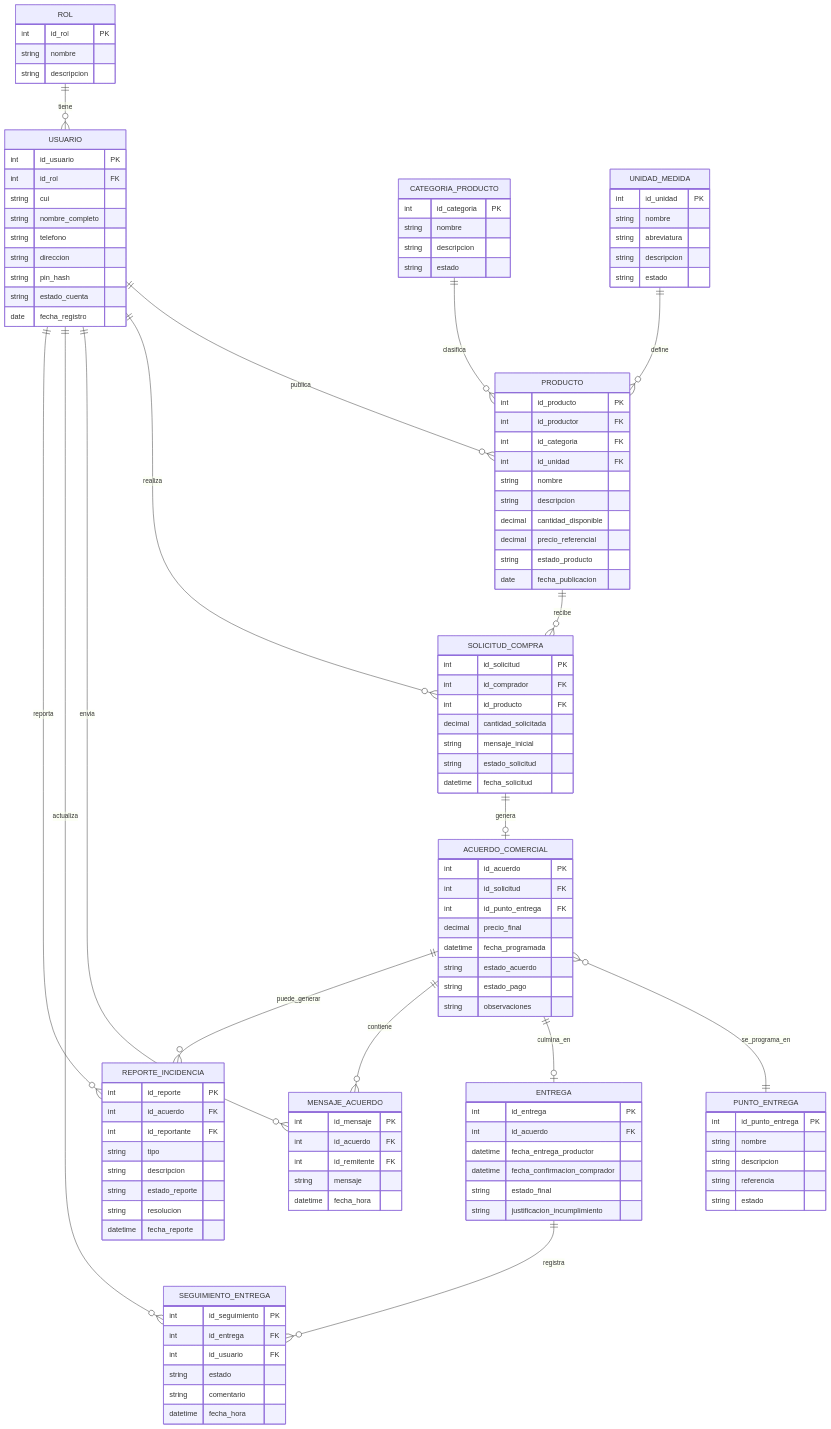
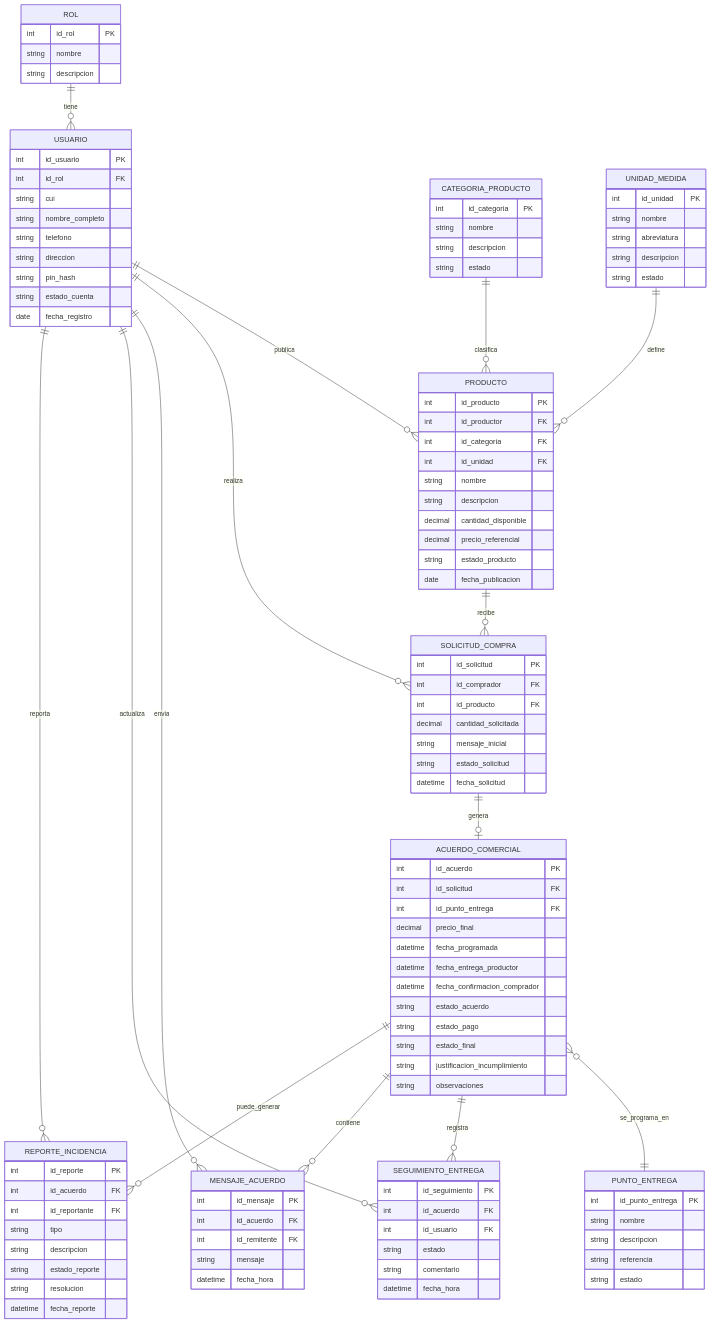
The diagram in docs/modelo-er.md (AlexAlvarado1290/Proyecto-Analisis-de-sistemas), drawn with Mermaid before and after one commit. The commit also changed other lines of this file and 37 other files, not shown here.

First line of the commit message:
docs: Proyecto II - DERCAS completo + diagramas renderizados

```diff
--- a/docs/modelo-er.md
+++ b/docs/modelo-er.md
@@ -12,8 +18,7 @@
     PRODUCTO ||--o{ SOLICITUD_COMPRA : recibe
     SOLICITUD_COMPRA ||--o| ACUERDO_COMERCIAL : genera
     ACUERDO_COMERCIAL }o--|| PUNTO_ENTREGA : se_programa_en
-    ACUERDO_COMERCIAL ||--o| ENTREGA : culmina_en
-    ENTREGA ||--o{ SEGUIMIENTO_ENTREGA : registra
+    ACUERDO_COMERCIAL ||--o{ SEGUIMIENTO_ENTREGA : registra
     ACUERDO_COMERCIAL ||--o{ MENSAJE_ACUERDO : contiene
     ACUERDO_COMERCIAL ||--o{ REPORTE_INCIDENCIA : puede_generar
     USUARIO ||--o{ MENSAJE_ACUERDO : envia
@@ -82,8 +87,12 @@
         int id_punto_entrega FK
         decimal precio_final
         datetime fecha_programada
+        datetime fecha_entrega_productor
+        datetime fecha_confirmacion_comprador
         string estado_acuerdo
         string estado_pago
+        string estado_final
+        string justificacion_incumplimiento
         string observaciones
     }
 
@@ -95,18 +104,9 @@
         string estado
     }
 
-    ENTREGA {
-        int id_entrega PK
-        int id_acuerdo FK
-        datetime fecha_entrega_productor
-        datetime fecha_confirmacion_comprador
-        string estado_final
-        string justificacion_incumplimiento
-    }
-
     SEGUIMIENTO_ENTREGA {
         int id_seguimiento PK
-        int id_entrega FK
+        int id_acuerdo FK
         int id_usuario FK
         string estado
         string comentario
```
